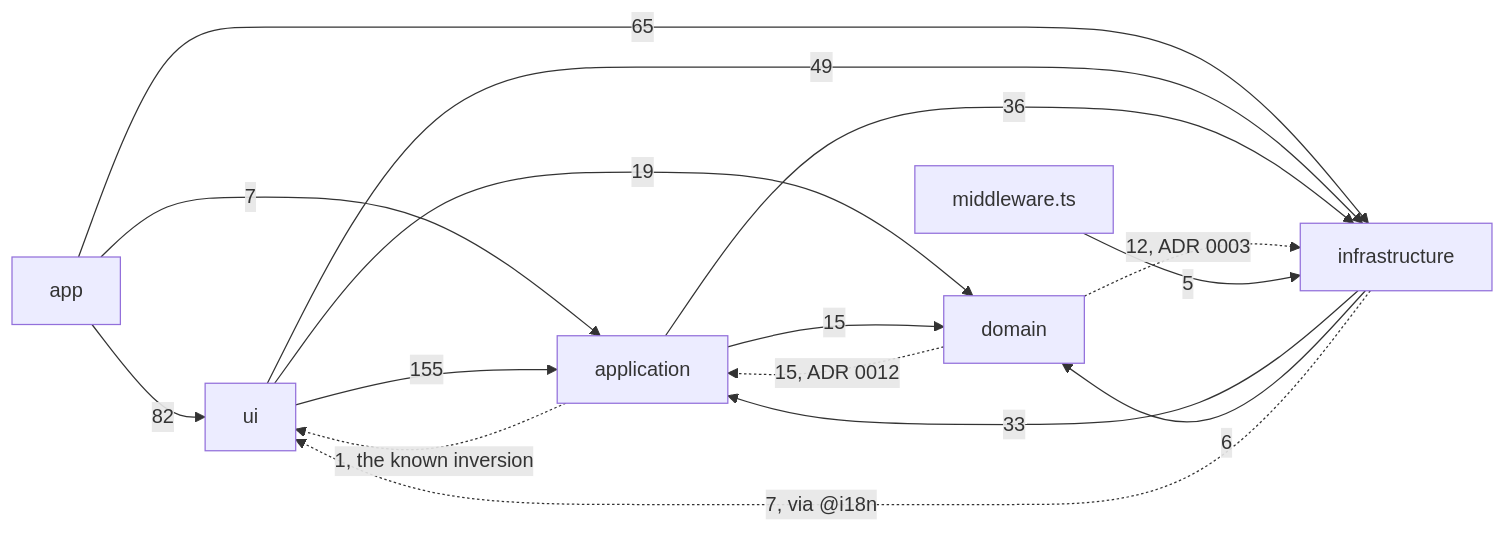
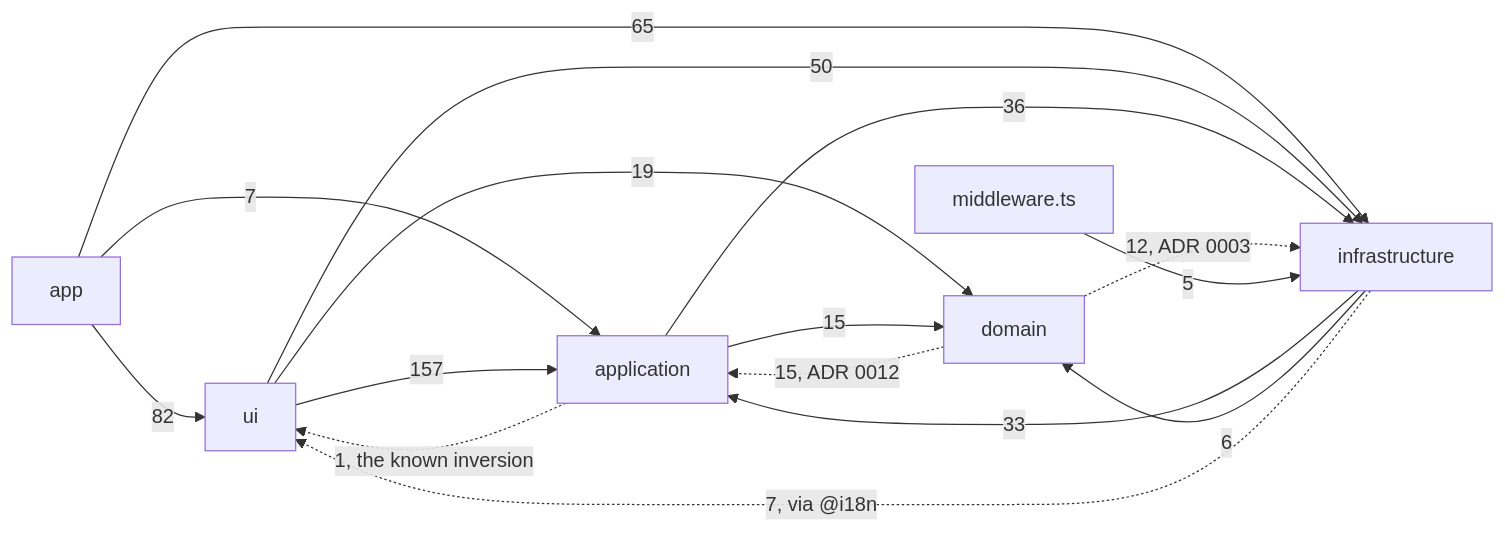
Before and after one commit to fbuireu/forever-pto: the diagram in apps/docs/src/content/docs/architecture/overview.mdx, drawn with Mermaid. The commit also changed other lines of this file and 9 other files, not shown here.

````diff
--- a/apps/docs/src/content/docs/architecture/overview.mdx
+++ b/apps/docs/src/content/docs/architecture/overview.mdx
@@ -47,24 +47,24 @@
 ```mermaid
 flowchart LR
   APP[app]
   UI[ui]
   APPL[application]
   DOM[domain]
   INFRA[infrastructure]
   MW[middleware.ts]
   APP -->|82| UI
   APP -->|7| APPL
   APP -->|65| INFRA
-  UI -->|155| APPL
+  UI -->|157| APPL
   UI -->|19| DOM
-  UI -->|49| INFRA
+  UI -->|50| INFRA
   APPL -->|15| DOM
   APPL -->|36| INFRA
   APPL -.->|1, the known inversion| UI
   DOM -.->|15, ADR 0012| APPL
   DOM -.->|12, ADR 0003| INFRA
   INFRA -->|33| APPL
   INFRA -->|6| DOM
   INFRA -.->|7, via @i18n| UI
   MW -->|5| INFRA
 ```
````
